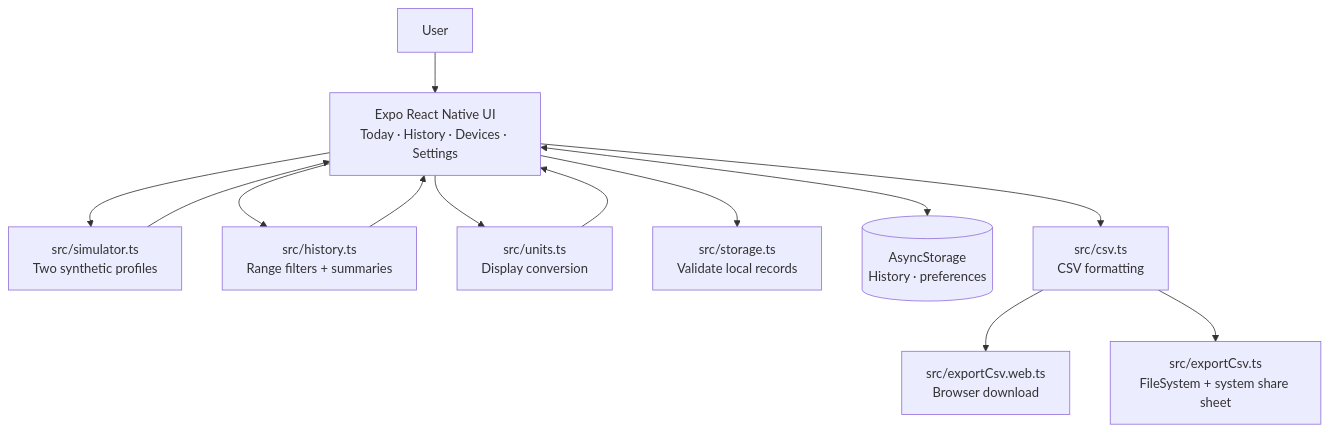
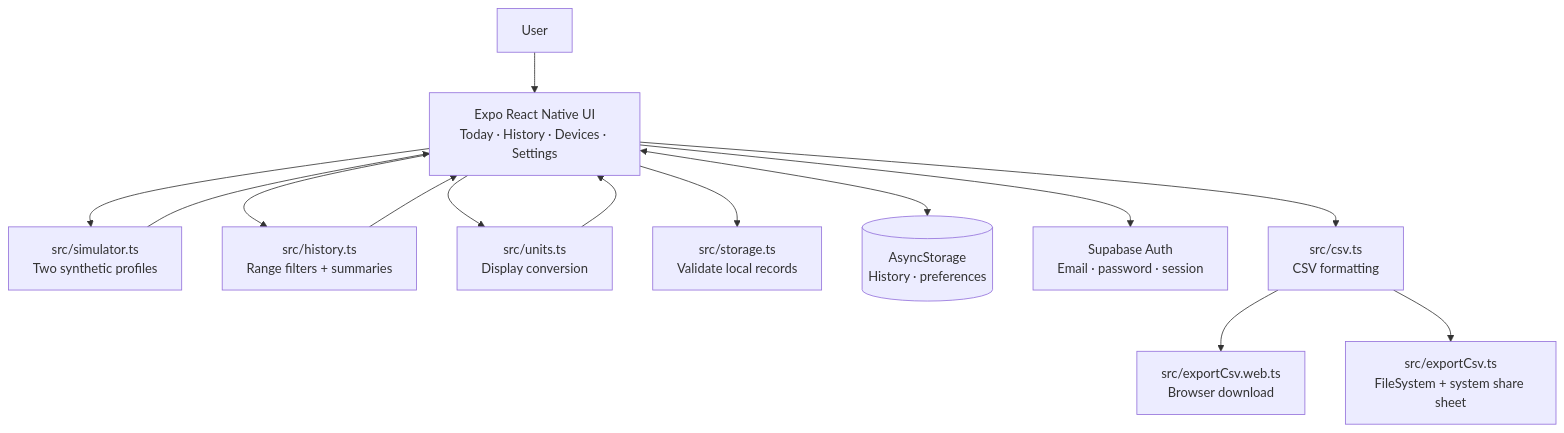
The diagram in docs/ARCHITECTURE.md (22304516/wearable-companion), drawn with Mermaid before and after one commit. The commit also changed other lines of this file and 11 other files, not shown here.

````diff
--- a/docs/ARCHITECTURE.md
+++ b/docs/ARCHITECTURE.md
@@ -12,26 +12,28 @@
 ```mermaid
 flowchart TD
   User[User]
   UI[Expo React Native UI<br/>Today · History · Devices · Settings]
   Sim[src/simulator.ts<br/>Two synthetic profiles]
   History[src/history.ts<br/>Range filters + summaries]
   Units[src/units.ts<br/>Display conversion]
   Store[src/storage.ts<br/>Validate local records]
   Local[(AsyncStorage<br/>History · preferences)]
+  Auth[Supabase Auth<br/>Email · password · session]
   CSV[src/csv.ts<br/>CSV formatting]
   Web[src/exportCsv.web.ts<br/>Browser download]
   Native[src/exportCsv.ts<br/>FileSystem + system share sheet]
 
   User --> UI
   UI --> Sim
+  UI --> Auth
   Sim --> UI
   UI --> History
   History --> UI
   UI --> Units
   Units --> UI
   UI --> Store
   UI <--> Local
   UI --> CSV
   CSV --> Web
   CSV --> Native
 ```
````
